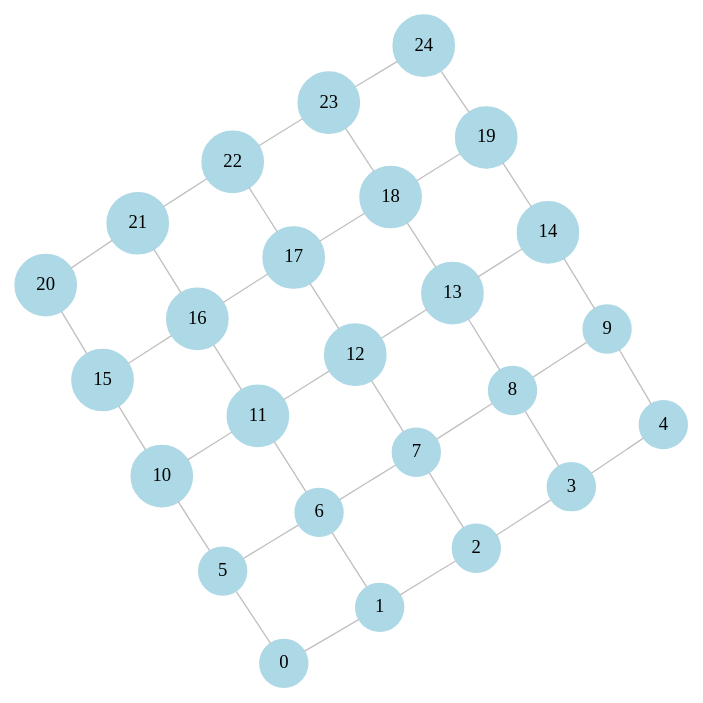
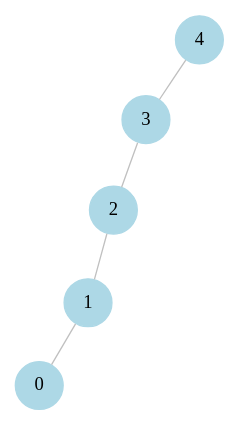
Before and after one commit to fieldofnodes/MBQC: the diagram in figs/lattice2DGraphUpdated.dot, drawn with Graphviz. The commit also changed 6 other files, not shown here.

```diff
--- a/figs/lattice2DGraphUpdated.dot
+++ b/figs/lattice2DGraphUpdated.dot
@@ -1,73 +1,17 @@
 graph G {
 graph [layout = neato]
 node [shape = circle,
 style = filled,
 style = filled,
 color = lightblue]
 edge [color = silver]
 0;
 1;
 2;
 3;
 4;
-5;
-6;
-7;
-8;
-9;
-10;
-11;
-12;
-13;
-14;
-15;
-16;
-17;
-18;
-19;
-20;
-21;
-22;
-23;
-24;
 0--1 ;
-0--5 ;
 1--2 ;
-1--6 ;
 2--3 ;
-2--7 ;
 3--4 ;
-3--8 ;
-4--9 ;
-5--6 ;
-5--10 ;
-6--7 ;
-6--11 ;
-7--8 ;
-7--12 ;
-8--9 ;
-8--13 ;
-9--14 ;
-10--11 ;
-10--15 ;
-11--12 ;
-11--16 ;
-12--13 ;
-12--17 ;
-13--14 ;
-13--18 ;
-14--19 ;
-15--16 ;
-15--20 ;
-16--17 ;
-16--21 ;
-17--18 ;
-17--22 ;
-18--19 ;
-18--23 ;
-19--24 ;
-20--21 ;
-21--22 ;
-22--23 ;
-23--24 ;
 }
```
